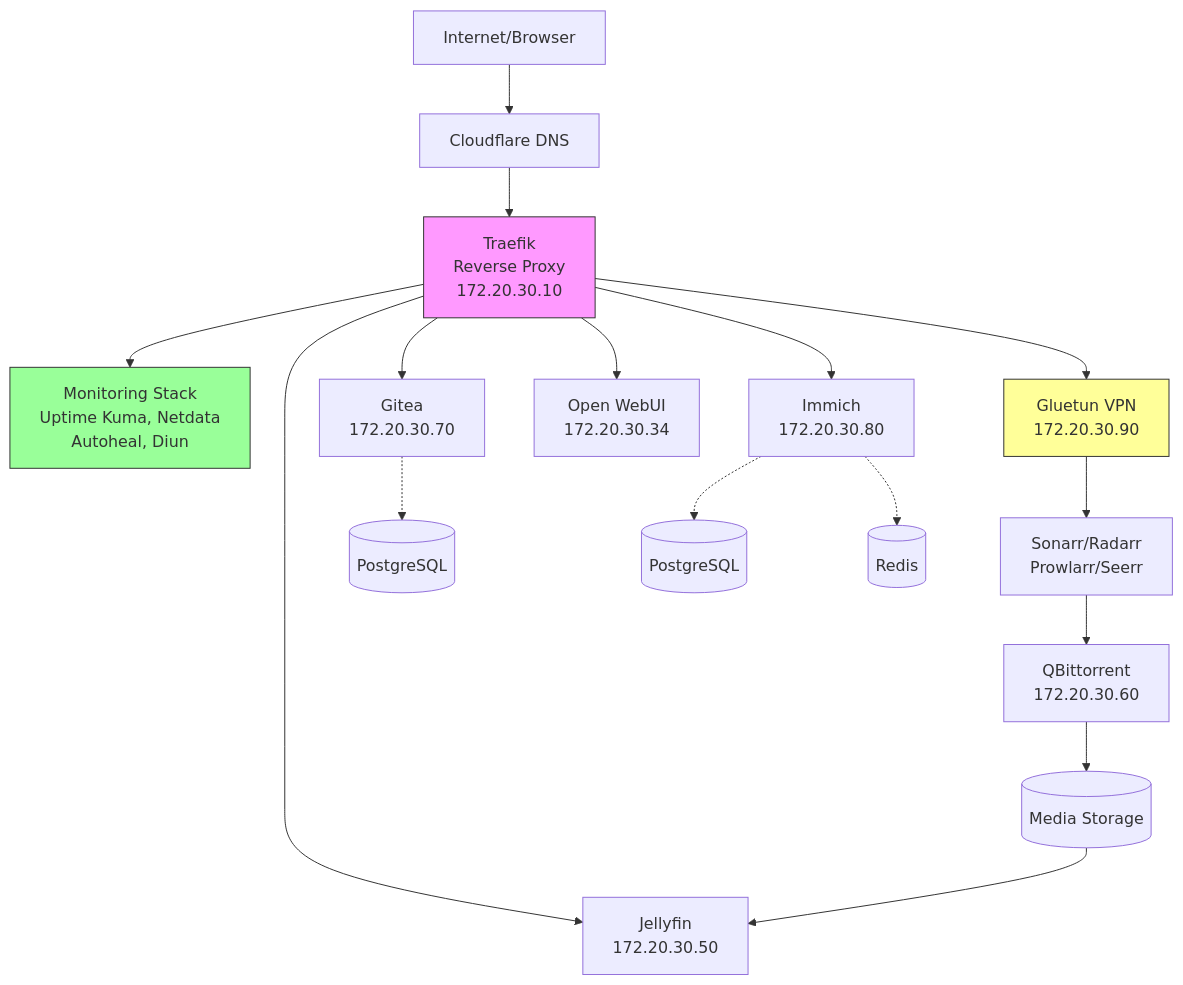
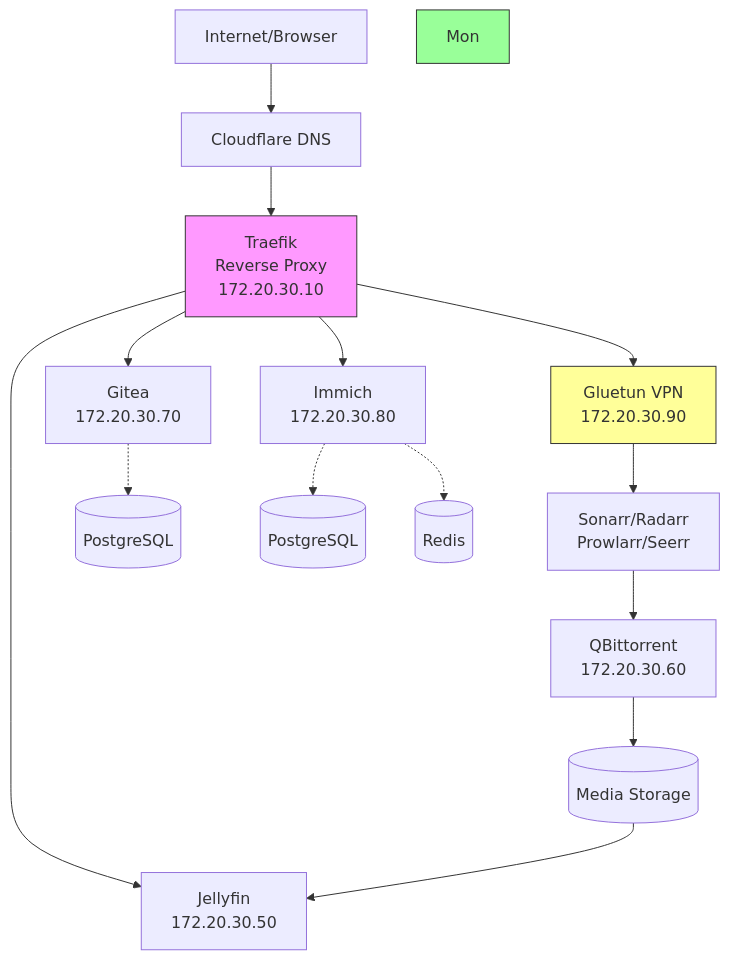
Before and after one commit to tubopo/compose-home-nas: the diagram in README.md, drawn with Mermaid. The commit also changed other lines of this file and 2 other files, not shown here.

````diff
--- a/README.md
+++ b/README.md
@@ -27,26 +22,23 @@
 ```mermaid
 graph TB
     Internet[Internet/Browser] --> CF[Cloudflare DNS]
     CF --> T[Traefik<br/>Reverse Proxy<br/>172.20.30.10]
-
-    T --> Mon[Monitoring Stack<br/>Uptime Kuma, Netdata<br/>Autoheal, Diun]
     T --> Git[Gitea<br/>172.20.30.70]
     T --> Photos[Immich<br/>172.20.30.80]
     T --> Media[Jellyfin<br/>172.20.30.50]
-    T --> AI[Open WebUI<br/>172.20.30.34]
     T --> VPN[Gluetun VPN<br/>172.20.30.90]
 
     VPN --> ARR[Sonarr/Radarr<br/>Prowlarr/Seerr]
 
     Git -.-> PG1[(PostgreSQL)]
     Photos -.-> PG2[(PostgreSQL)]
     Photos -.-> Redis[(Redis)]
 
     ARR --> DL[QBittorrent<br/>172.20.30.60]
     DL --> Storage[(Media Storage)]
     Storage --> Media
 
     style T fill:#f9f,stroke:#333
     style Mon fill:#9f9,stroke:#333
     style VPN fill:#ff9,stroke:#333
 ```
````
